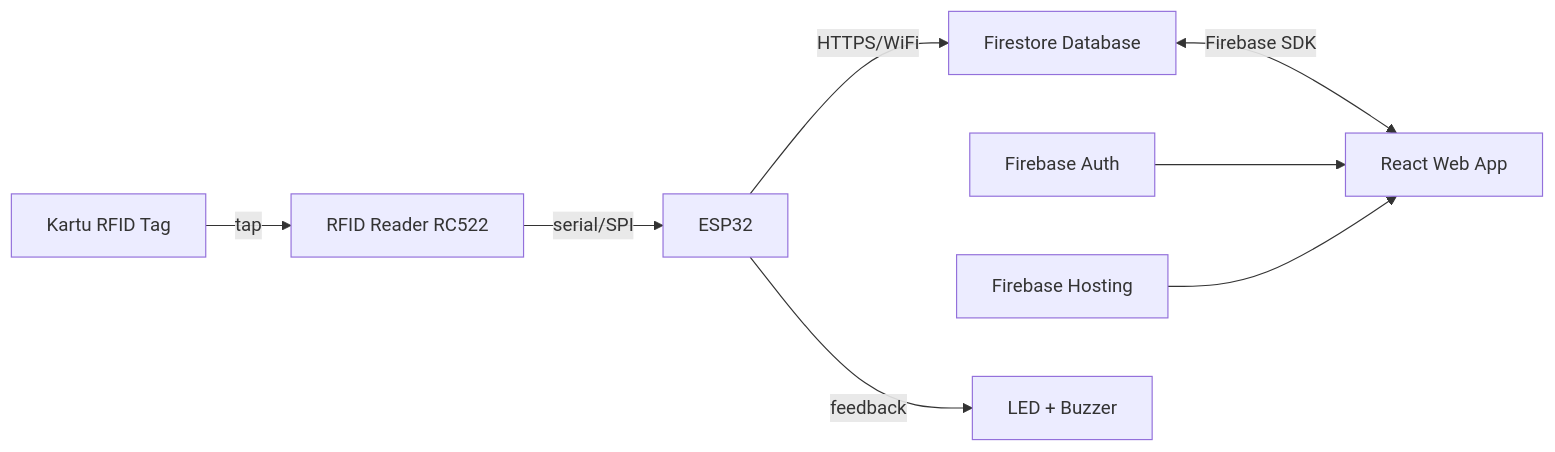
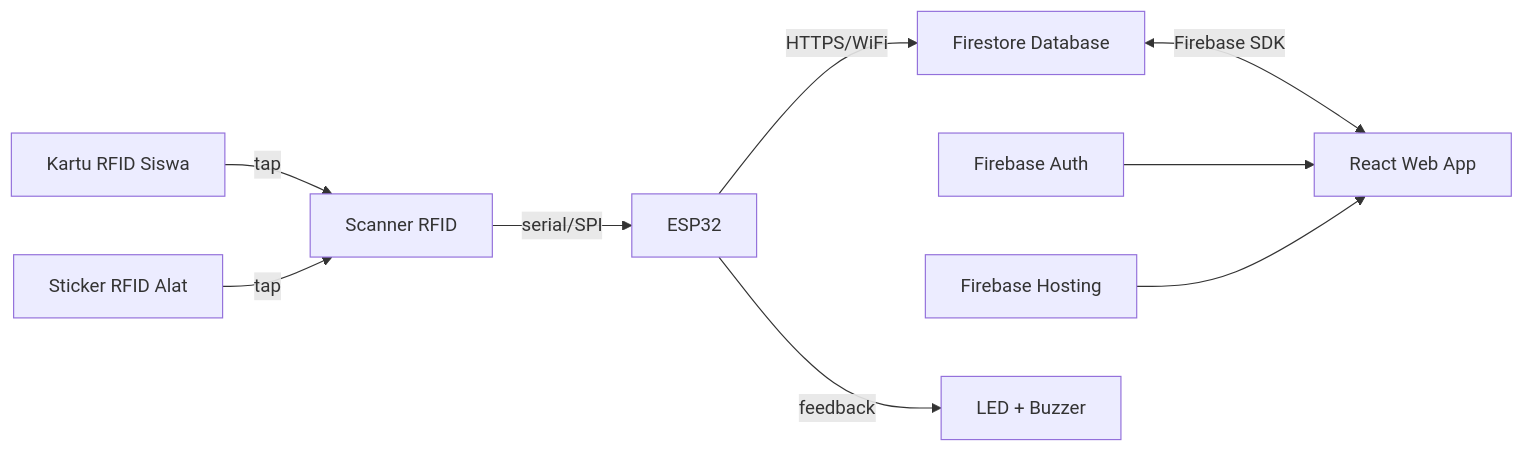
One commit to pkmsmkn9kabtangerang-cmyk/peminjaman-alat-lab changed the diagram in PLAN.md. Above: the diagram before and after it, drawn with Mermaid. The commit also changed other lines of this file and 25 other files, not shown here.

Commit message:
full create front end and simulation kartu tap

````diff
--- a/PLAN.md
+++ b/PLAN.md
@@ -5,10 +7,11 @@
 ```mermaid
 flowchart LR
-    A[Kartu RFID Tag] -->|tap| B[RFID Reader RC522]
+    A[Kartu RFID Siswa] -->|tap| B[Scanner RFID]
+    A2[Sticker RFID Alat] -->|tap| B
     B -->|serial/SPI| C[ESP32]
     C -->|HTTPS/WiFi| D[Firestore Database]
     D <-->|Firebase SDK| E[React Web App]
     F[Firebase Auth] --> E
     G[Firebase Hosting] --> E
     C -->|feedback| H[LED + Buzzer]
 ```
````
